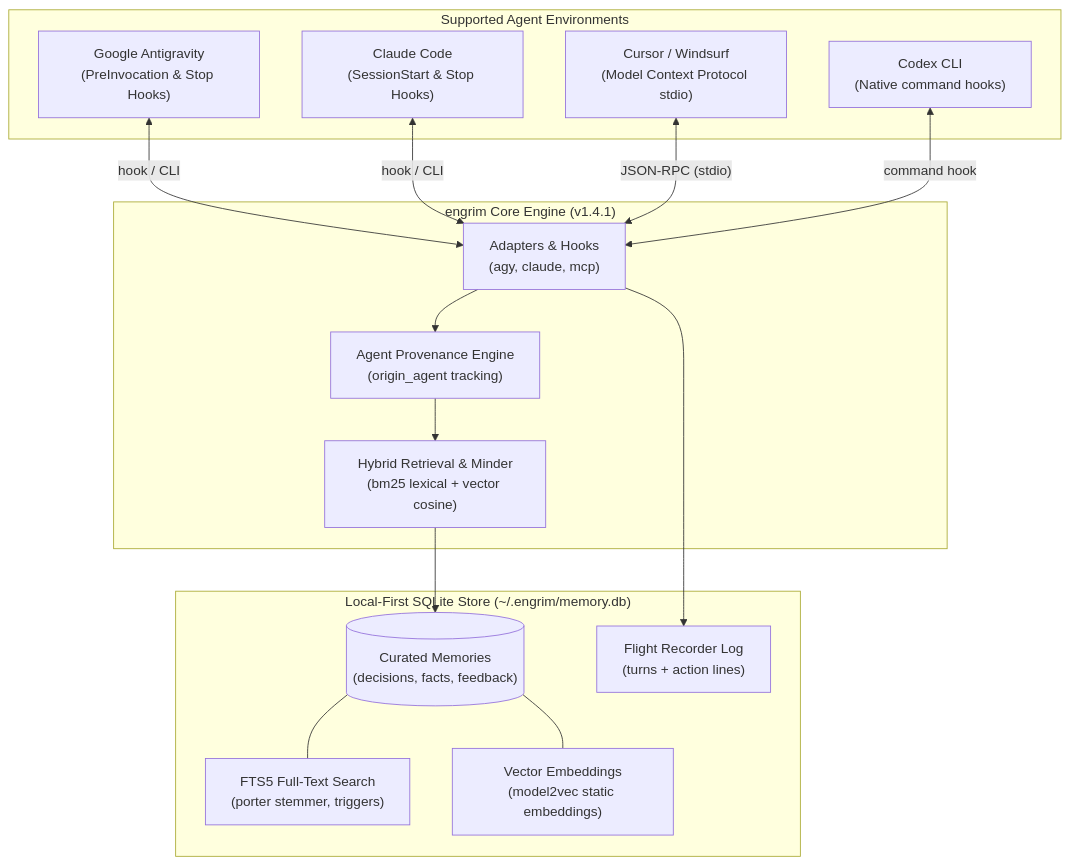
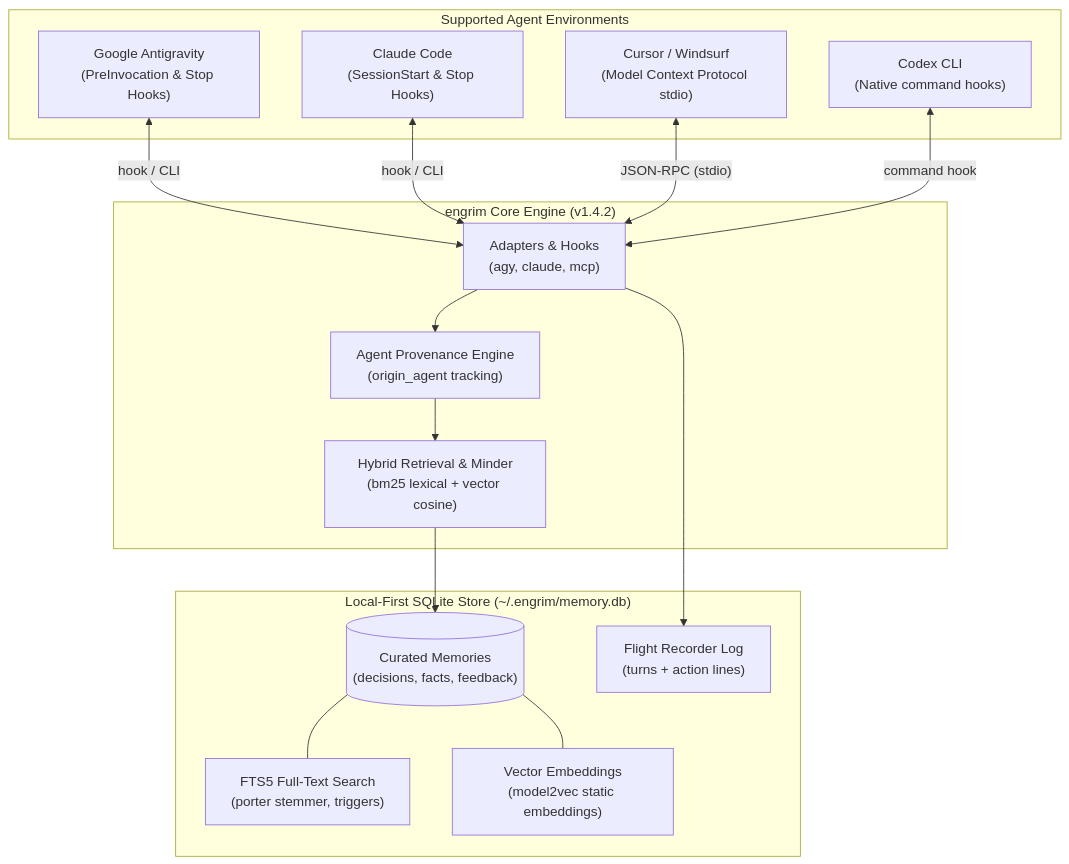
The diagram in README.md (timgordontg/engrim), drawn with Mermaid before and after one commit. The commit also changed 5 other files, not shown here.

````diff
--- a/README.md
+++ b/README.md
@@ -42,33 +42,33 @@
 ```mermaid
 graph TD
     subgraph Agents ["Supported Agent Environments"]
         AGY["Google Antigravity<br/>(PreInvocation & Stop Hooks)"]
         CLAUDE["Claude Code<br/>(SessionStart & Stop Hooks)"]
         CURSOR["Cursor / Windsurf<br/>(Model Context Protocol stdio)"]
         CODEX["Codex CLI<br/>(Native command hooks)"]
     end
 
-    subgraph CoreEngine ["engrim Core Engine (v1.4.1)"]
+    subgraph CoreEngine ["engrim Core Engine (v1.4.2)"]
         ADAPTERS["Adapters & Hooks<br/>(agy, claude, mcp)"]
         PROVENANCE["Agent Provenance Engine<br/>(origin_agent tracking)"]
         ROUTER["Hybrid Retrieval & Minder<br/>(bm25 lexical + vector cosine)"]
     end
 
     subgraph Storage ["Local-First SQLite Store (~/.engrim/memory.db)"]
         MEMORIES[("Curated Memories<br/>(decisions, facts, feedback)")]
         FTS5["FTS5 Full-Text Search<br/>(porter stemmer, triggers)"]
         VEC["Vector Embeddings<br/>(model2vec static embeddings)"]
         LOG["Flight Recorder Log<br/>(turns + action lines)"]
     end
 
     AGY <-->|"hook / CLI"| ADAPTERS
     CLAUDE <-->|"hook / CLI"| ADAPTERS
     CURSOR <-->|"JSON-RPC (stdio)"| ADAPTERS
     CODEX <-->|"command hook"| ADAPTERS
     ADAPTERS --> PROVENANCE
     PROVENANCE --> ROUTER
     ROUTER --> MEMORIES
     MEMORIES --- FTS5
     MEMORIES --- VEC
     ADAPTERS --> LOG
 ```
````
